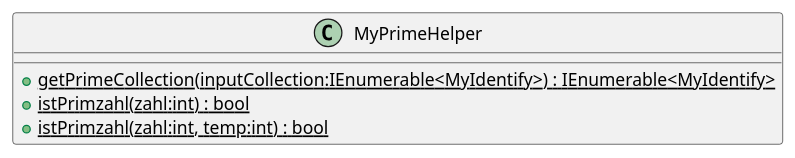
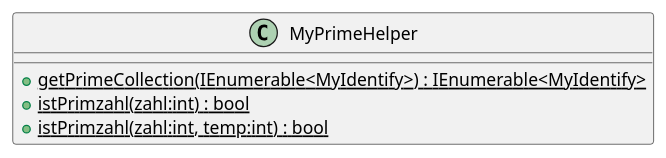
One commit to MichaelBehringer/Programmentwurf changed the diagram in generatedPuml/MyPrimeHelper.puml. Above: the diagram before and after it, drawn with PlantUML. The commit also changed 11 other files, not shown here.

```diff
--- a/generatedPuml/MyPrimeHelper.puml
+++ b/generatedPuml/MyPrimeHelper.puml
@@ -1,7 +1,7 @@
 @startuml
 class MyPrimeHelper {
-    + {static} getPrimeCollection(inputCollection:IEnumerable<MyIdentify>) : IEnumerable<MyIdentify>
+    + {static} getPrimeCollection(IEnumerable<MyIdentify>) : IEnumerable<MyIdentify>
     + {static} istPrimzahl(zahl:int) : bool
     + {static} istPrimzahl(zahl:int, temp:int) : bool
 }
 @enduml
```
